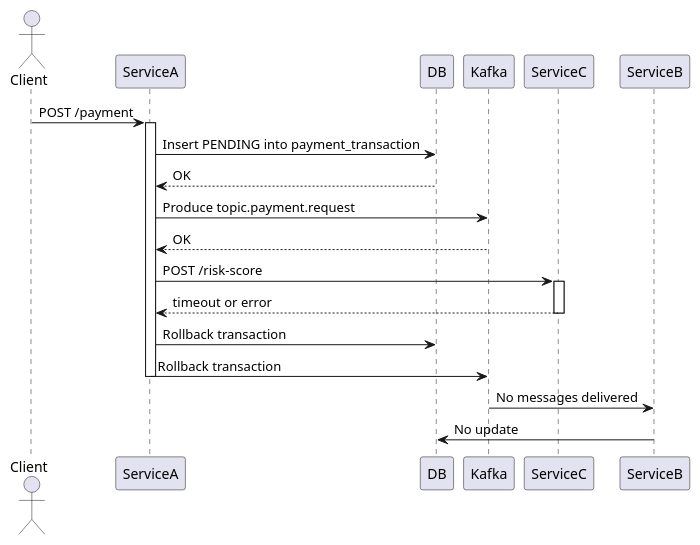
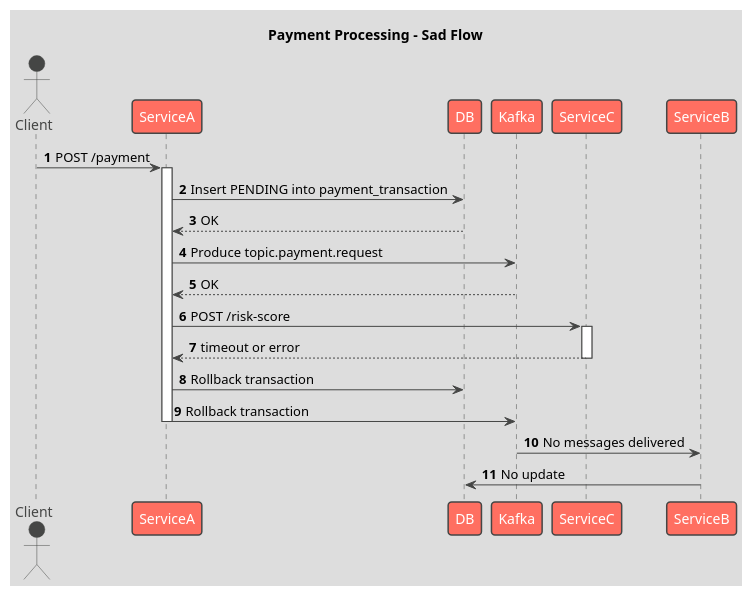
Before and after one commit to norulshahlam/spring-boot-kafka-tutorials: the diagram in library-service-producer/src/main/resources/sad-flow.plantuml, drawn with PlantUML.

```diff
--- a/library-service-producer/src/main/resources/sad-flow.plantuml
+++ b/library-service-producer/src/main/resources/sad-flow.plantuml
@@ -1,26 +1,28 @@
 @startuml
-
+!theme toy
+title Payment Processing - Sad Flow
+autonumber
 actor Client
 
 Client -> ServiceA: POST /payment
 activate ServiceA
 
 ServiceA -> DB: Insert PENDING into payment_transaction
 DB --> ServiceA: OK
 
 ServiceA -> Kafka: Produce topic.payment.request
 Kafka --> ServiceA: OK
 
 ServiceA -> ServiceC: POST /risk-score
 activate ServiceC
 ServiceC --> ServiceA: timeout or error
 deactivate ServiceC
 
 ServiceA -> DB: Rollback transaction
 ServiceA -> Kafka: Rollback transaction
 deactivate ServiceA
 
 Kafka -> ServiceB: No messages delivered
 ServiceB -> DB: No update
 
 @enduml
```
